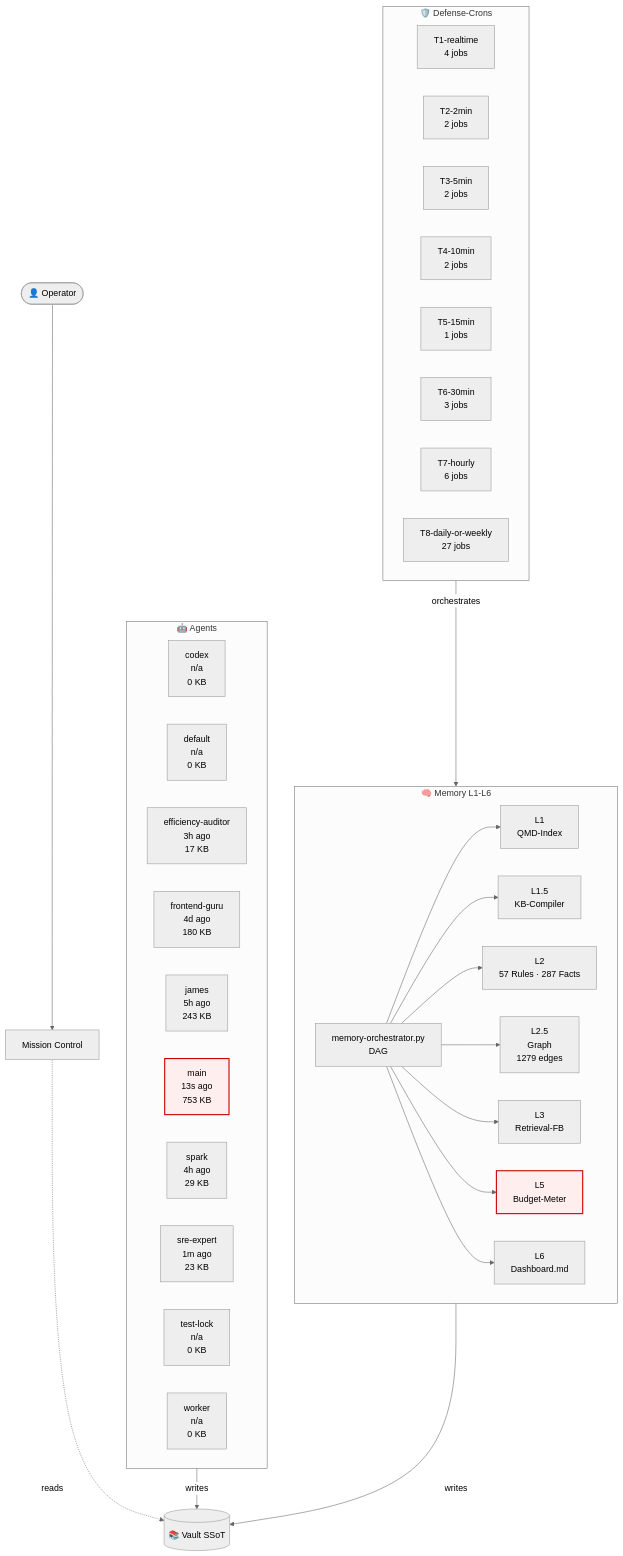
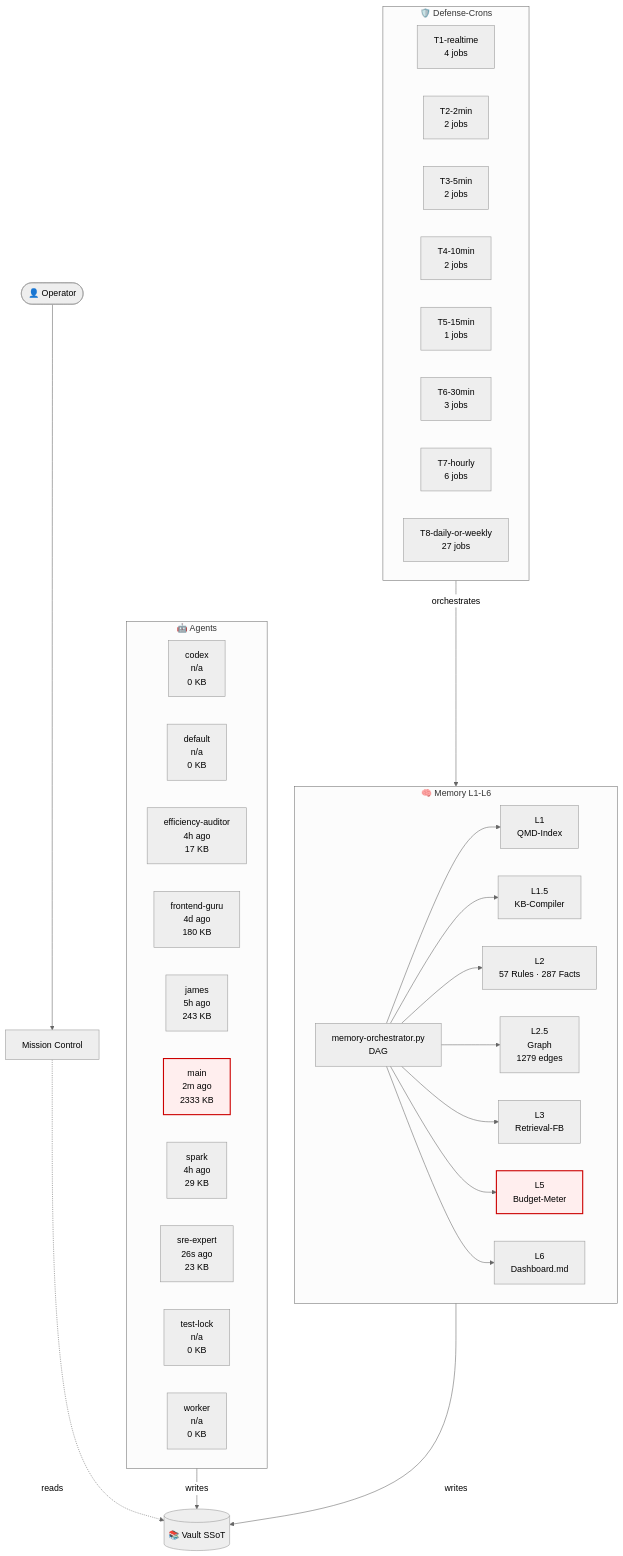
The diagram in 03-Agents/architecture-live.md (lenardhuebner88-rgb/openclaw-memory), drawn with Mermaid (neutral theme) before and after one commit. The commit also changed other lines of this file and 5 other files, not shown here.

````diff
--- a/03-Agents/architecture-live.md
+++ b/03-Agents/architecture-live.md
@@ -18,53 +18,53 @@
 ```mermaid
 flowchart TB
     classDef critical fill:#fee,stroke:#c00,stroke-width:2px;
     subgraph AGT["🤖 Agents"]
         agent_codex["codex<br/>n/a<br/>0 KB"]
         agent_default["default<br/>n/a<br/>0 KB"]
-        agent_efficiency_auditor["efficiency-auditor<br/>3h ago<br/>17 KB"]
+        agent_efficiency_auditor["efficiency-auditor<br/>4h ago<br/>17 KB"]
         agent_frontend_guru["frontend-guru<br/>4d ago<br/>180 KB"]
         agent_james["james<br/>5h ago<br/>243 KB"]
-        agent_main["main<br/>13s ago<br/>753 KB"]
+        agent_main["main<br/>2m ago<br/>2333 KB"]
         agent_spark["spark<br/>4h ago<br/>29 KB"]
-        agent_sre_expert["sre-expert<br/>1m ago<br/>23 KB"]
+        agent_sre_expert["sre-expert<br/>26s ago<br/>23 KB"]
         agent_test_lock["test-lock<br/>n/a<br/>0 KB"]
         agent_worker["worker<br/>n/a<br/>0 KB"]
     end
     subgraph MEM["🧠 Memory L1-L6"]
         L1["L1<br/>QMD-Index"]
         L15["L1.5<br/>KB-Compiler"]
         L2["L2<br/>57 Rules · 287 Facts"]
         L25["L2.5<br/>Graph<br/>1279 edges"]
         L3["L3<br/>Retrieval-FB"]
         L5["L5<br/>Budget-Meter"]
         L6["L6<br/>Dashboard.md"]
         ORCH["memory-orchestrator.py<br/>DAG"]
     end
     subgraph CRN["🛡️ Defense-Crons"]
         tier_T1_realtime["T1-realtime<br/>4 jobs"]
         tier_T2_2min["T2-2min<br/>2 jobs"]
         tier_T3_5min["T3-5min<br/>2 jobs"]
         tier_T4_10min["T4-10min<br/>2 jobs"]
         tier_T5_15min["T5-15min<br/>1 jobs"]
         tier_T6_30min["T6-30min<br/>3 jobs"]
         tier_T7_hourly["T7-hourly<br/>6 jobs"]
         tier_T8_daily_or_weekly["T8-daily-or-weekly<br/>27 jobs"]
     end
     VAULT[("📚 Vault SSoT")]
     OP([👤 Operator])
     MC["Mission Control"]
     OP --> MC
     MC -.reads.-> VAULT
     AGT -->|writes| VAULT
     MEM -->|writes| VAULT
     ORCH --> L1
     ORCH --> L15
     ORCH --> L2
     ORCH --> L25
     ORCH --> L3
     ORCH --> L5
     ORCH --> L6
     CRN -->|orchestrates| MEM
     class L5 critical
     class agent_main critical
 ```
````
